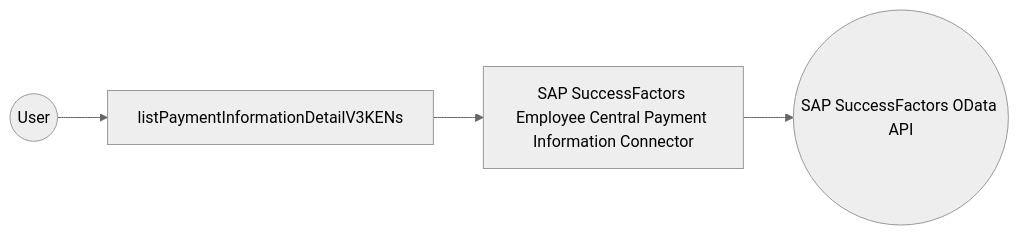
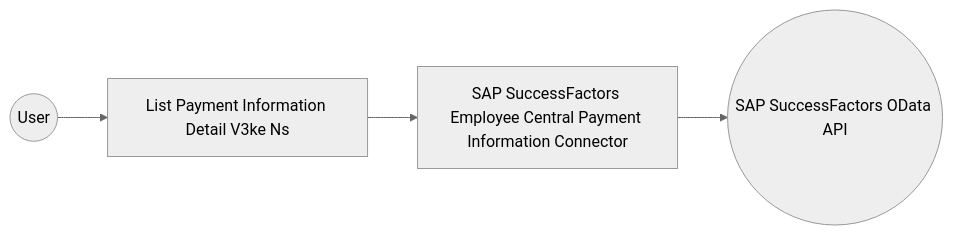
Before and after one commit to wso2/docs-integrator: the diagram in en/docs/connectors/catalog/hrms/sap.successfactors.ecpaymentinformation/example.md, drawn with Mermaid (neutral theme). The commit also changed other lines of this file and 6 other files, not shown here.

````diff
--- a/en/docs/connectors/catalog/hrms/sap.successfactors.ecpaymentinformation/example.md
+++ b/en/docs/connectors/catalog/hrms/sap.successfactors.ecpaymentinformation/example.md
@@ -12,6 +12,6 @@
 ```mermaid
 flowchart LR
-    A((User)) --> B[listPaymentInformationDetailV3KENs]
+    A((User)) --> B[List Payment Information Detail V3ke Ns]
     B --> C[SAP SuccessFactors Employee Central Payment Information Connector]
     C --> D((SAP SuccessFactors OData API))
 ```
````
